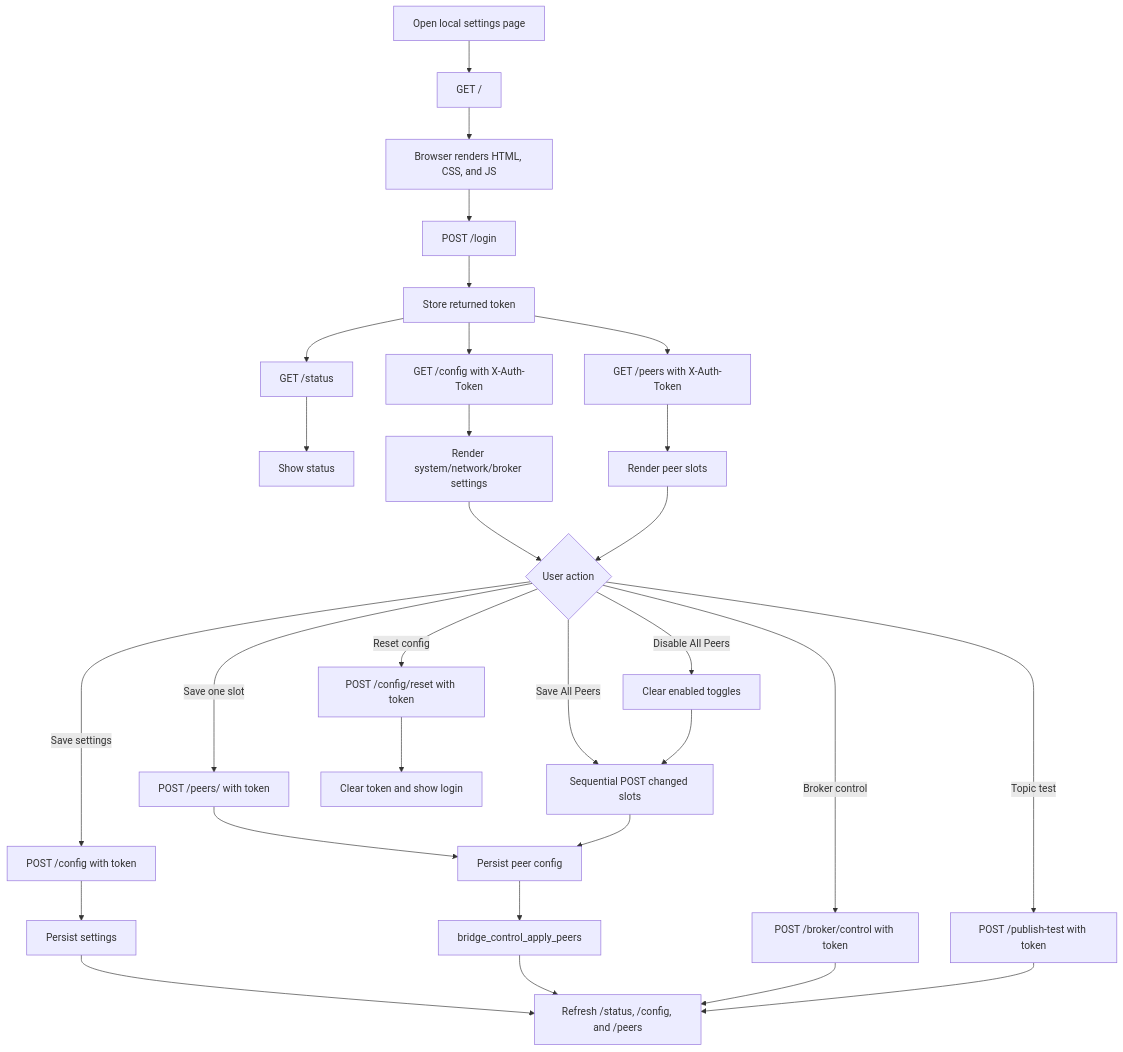
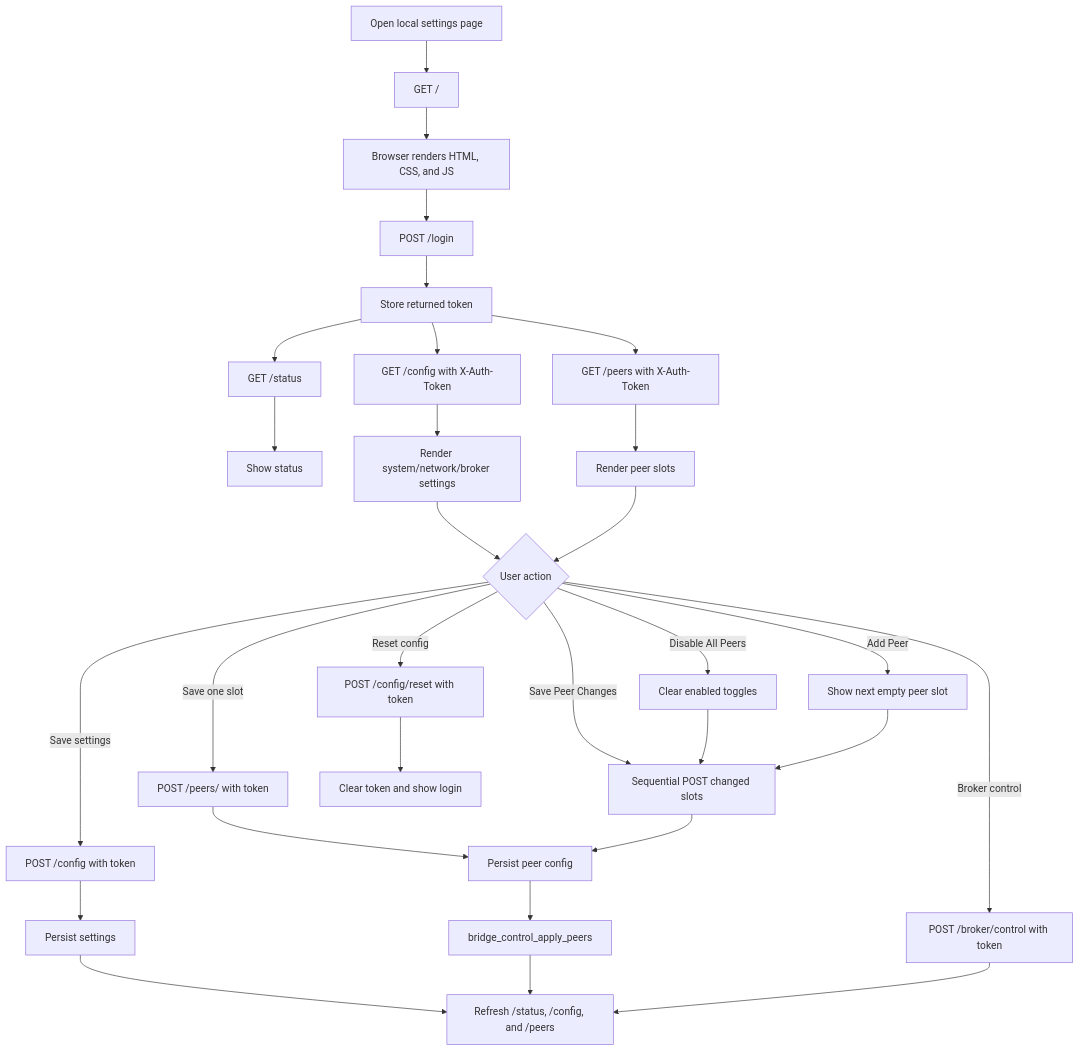
The first of 2 diagrams in README.md (judadao/mqtt_field_bridge_app), drawn with Mermaid before and after one commit. The commit also changed other lines of this file and 4 other files, not shown here.

````diff
--- a/README.md
+++ b/README.md
@@ -241,32 +238,32 @@
 ```mermaid
 flowchart TD
     A[Open local settings page] --> B[GET /]
     B --> C[Browser renders HTML, CSS, and JS]
     C --> D[POST /login]
     D --> E[Store returned token]
     E --> F[GET /status]
     E --> G[GET /config with X-Auth-Token]
     E --> H[GET /peers with X-Auth-Token]
     F --> I[Show status]
     G --> J[Render system/network/broker settings]
     H --> K[Render peer slots]
     J --> L{User action}
     K --> L
     L -->|Save settings| M[POST /config with token]
     L -->|Save one slot| N[POST /peers/<index> with token]
-    L -->|Save All Peers| O[Sequential POST changed slots]
+    L -->|Add Peer| Y[Show next empty peer slot]
+    L -->|Save Peer Changes| O[Sequential POST changed slots]
     L -->|Disable All Peers| P[Clear enabled toggles]
     L -->|Broker control| U[POST /broker/control with token]
-    L -->|Topic test| V[POST /publish-test with token]
     L -->|Reset config| W[POST /config/reset with token]
     P --> O
+    Y --> O
     M --> Q[Persist settings]
     N --> R[Persist peer config]
     O --> R
     R --> S[bridge_control_apply_peers]
     Q --> T[Refresh /status, /config, and /peers]
     S --> T
     U --> T
-    V --> T
     W --> X[Clear token and show login]
 ```
````
